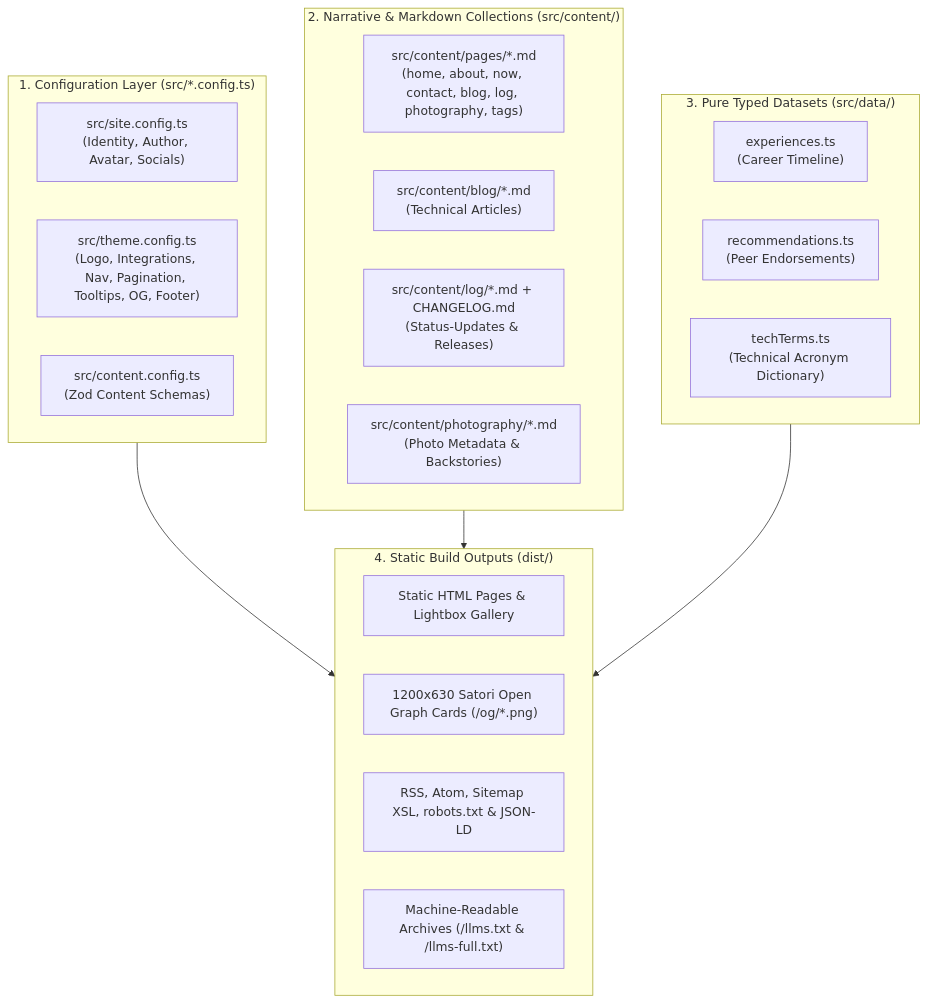
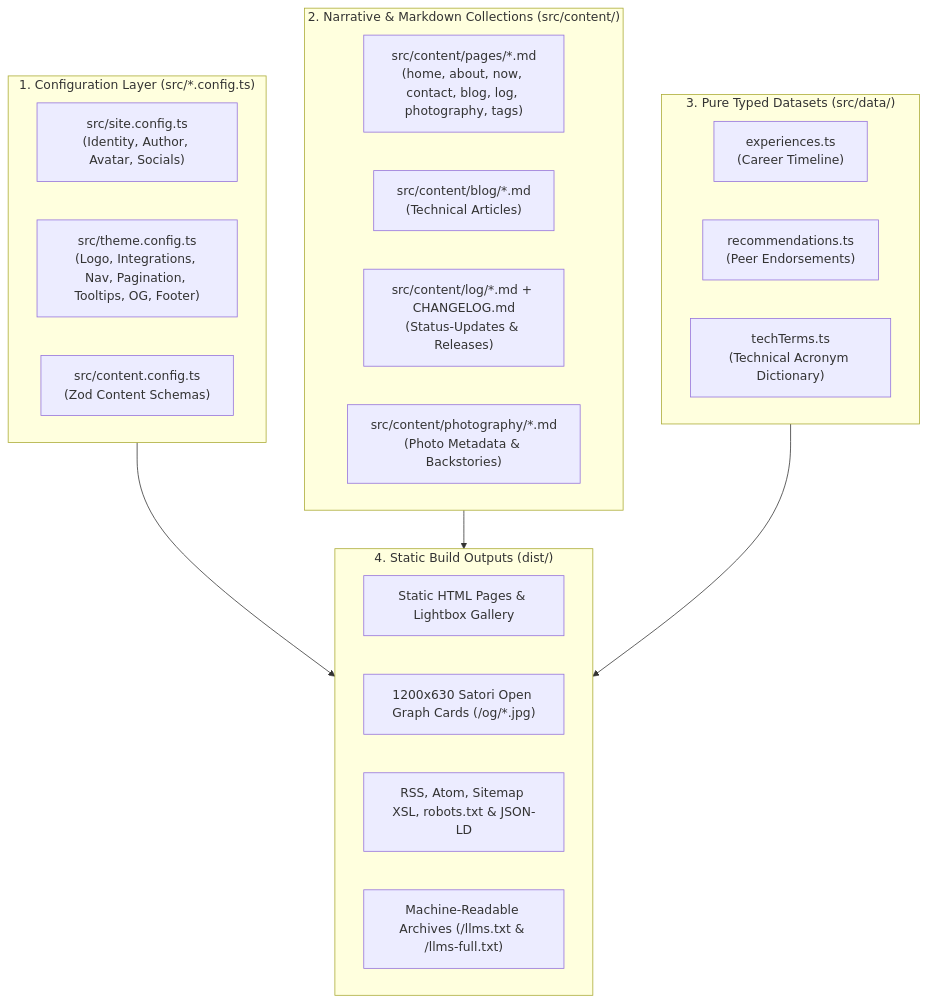
One commit to edstuurman/the-navigator changed the diagram in src/content/blog/2026-11-03-part-1-customizing-this-astro-theme.md. Above: the diagram before and after it, drawn with Mermaid. The commit also changed other lines of this file and 36 other files, not shown here.

````diff
--- a/src/content/blog/2026-11-03-part-1-customizing-this-astro-theme.md
+++ b/src/content/blog/2026-11-03-part-1-customizing-this-astro-theme.md
@@ -24,32 +30,32 @@
 ```mermaid
 flowchart TD
     subgraph Configs["1. Configuration Layer (src/*.config.ts)"]
         SC["src/site.config.ts<br/>(Identity, Author, Avatar, Socials)"]
         TC["src/theme.config.ts<br/>(Logo, Integrations, Nav, Pagination, Tooltips, OG, Footer)"]
         CC["src/content.config.ts<br/>(Zod Content Schemas)"]
     end
 
     subgraph Content["2. Narrative & Markdown Collections (src/content/)"]
         PG["src/content/pages/*.md<br/>(home, about, now, contact, blog, log, photography, tags)"]
         BL["src/content/blog/*.md<br/>(Technical Articles)"]
         LG["src/content/log/*.md + CHANGELOG.md<br/>(Status-Updates & Releases)"]
         PH["src/content/photography/*.md<br/>(Photo Metadata & Backstories)"]
     end
 
     subgraph Data["3. Pure Typed Datasets (src/data/)"]
         EX["experiences.ts<br/>(Career Timeline)"]
         RC["recommendations.ts<br/>(Peer Endorsements)"]
         TT["techTerms.ts<br/>(Technical Acronym Dictionary)"]
     end
 
     subgraph Outputs["4. Static Build Outputs (dist/)"]
         HTML["Static HTML Pages & Lightbox Gallery"]
-        OG["1200x630 Satori Open Graph Cards (/og/*.png)"]
+        OG["1200x630 Satori Open Graph Cards (/og/*.jpg)"]
         FEEDS["RSS, Atom, Sitemap XSL, robots.txt & JSON-LD"]
         LLM["Machine-Readable Archives (/llms.txt & /llms-full.txt)"]
     end
 
     Configs --> Outputs
     Content --> Outputs
     Data --> Outputs
 ```
````
